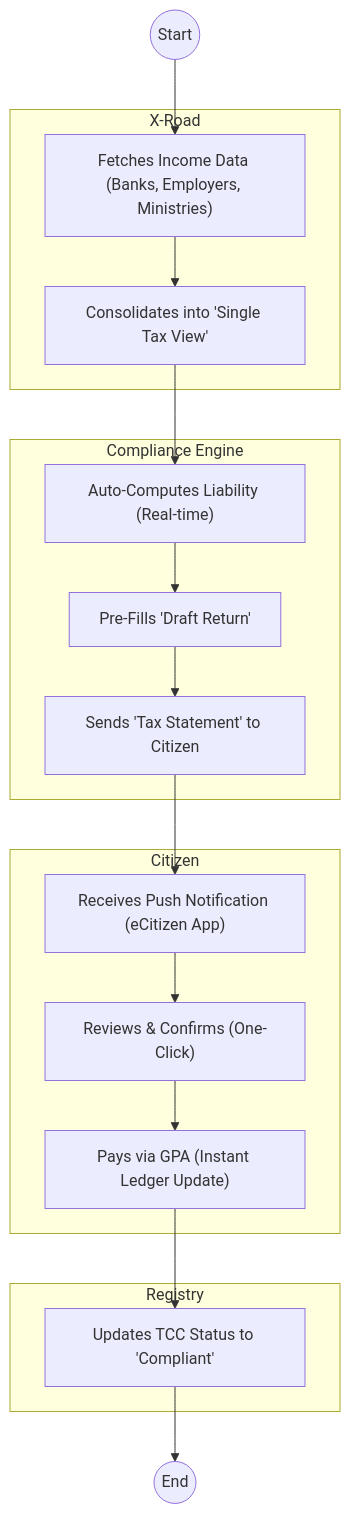
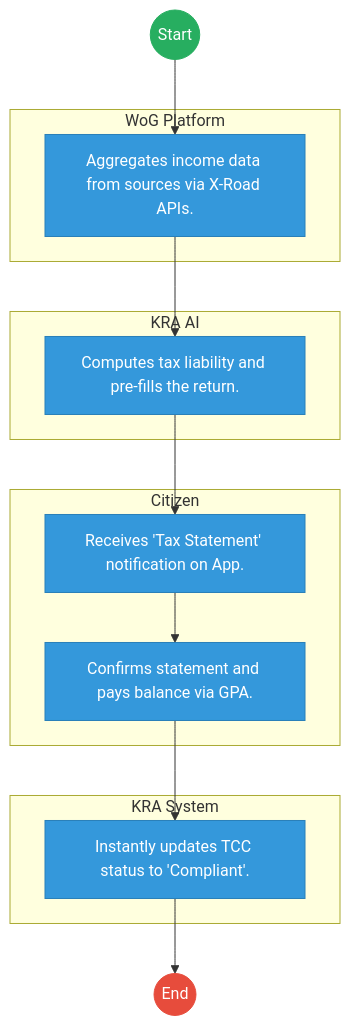
One commit to BITZ-IT-Consulting-LTD/ictapoc changed the second of 2 diagrams in mdas/docs_final/KENYA_REVENUE_AUTHORITY_KRA____Tax_Return_Filing.md. Above: the diagram before and after it, drawn with Mermaid. The commit also changed other lines of this file and 461 other files, not shown here.

````diff
--- a/mdas/docs_final/KENYA_REVENUE_AUTHORITY_KRA____Tax_Return_Filing.md
+++ b/mdas/docs_final/KENYA_REVENUE_AUTHORITY_KRA____Tax_Return_Filing.md
@@ -124,31 +129,35 @@
 ```mermaid
 graph TD
     Start((Start)) --> S1
-    subgraph WoG_Data_Layer [X-Road]
-        S1["Fetches Income Data (Banks, Employers, Ministries)"]
-        S2["Consolidates into 'Single Tax View'"]
+
+    subgraph WoG_Platform [WoG Platform]
+        S1["Aggregates income data from sources via X-Road APIs."]
     end
-    subgraph KRA_AI [Compliance Engine]
-        S3["Auto-Computes Liability (Real-time)"]
-        S4["Pre-Fills 'Draft Return'"]
-        S5["Sends 'Tax Statement' to Citizen"]
+
+    subgraph KRA_AI [KRA AI]
+        S2["Computes tax liability and pre-fills the return."]
     end
-    subgraph Taxpayer [Citizen]
-        S6["Receives Push Notification (eCitizen App)"]
-        S7["Reviews & Confirms (One-Click)"]
-        S8["Pays via GPA (Instant Ledger Update)"]
+
+    subgraph Citizen [Citizen]
+        S3["Receives 'Tax Statement' notification on App."]
+        S4["Confirms statement and pays balance via GPA."]
     end
-    subgraph System [Registry]
-        S9["Updates TCC Status to 'Compliant'"]
+
+    subgraph KRA_System [KRA System]
+        S5["Instantly updates TCC status to 'Compliant'."]
     end
-    
     S1 --> S2
     S2 --> S3
     S3 --> S4
     S4 --> S5
-    S5 --> S6
-    S6 --> S7
-    S7 --> S8
-    S8 --> S9
-    S9 --> End((End))
+    S5 --> End((End))
+
+    classDef start fill:#27ae60,stroke:#27ae60,color:#fff;
+    classDef endNode fill:#e74c3c,stroke:#e74c3c,color:#fff;
+    classDef userTask fill:#3498db,stroke:#2980b9,color:#fff;
+    classDef serviceTask fill:#9b59b6,stroke:#8e44ad,color:#fff;
+
+    class Start start;
+    class End endNode;
+    class S1,S2,S3,S4,S5 userTask;
 ```
````
